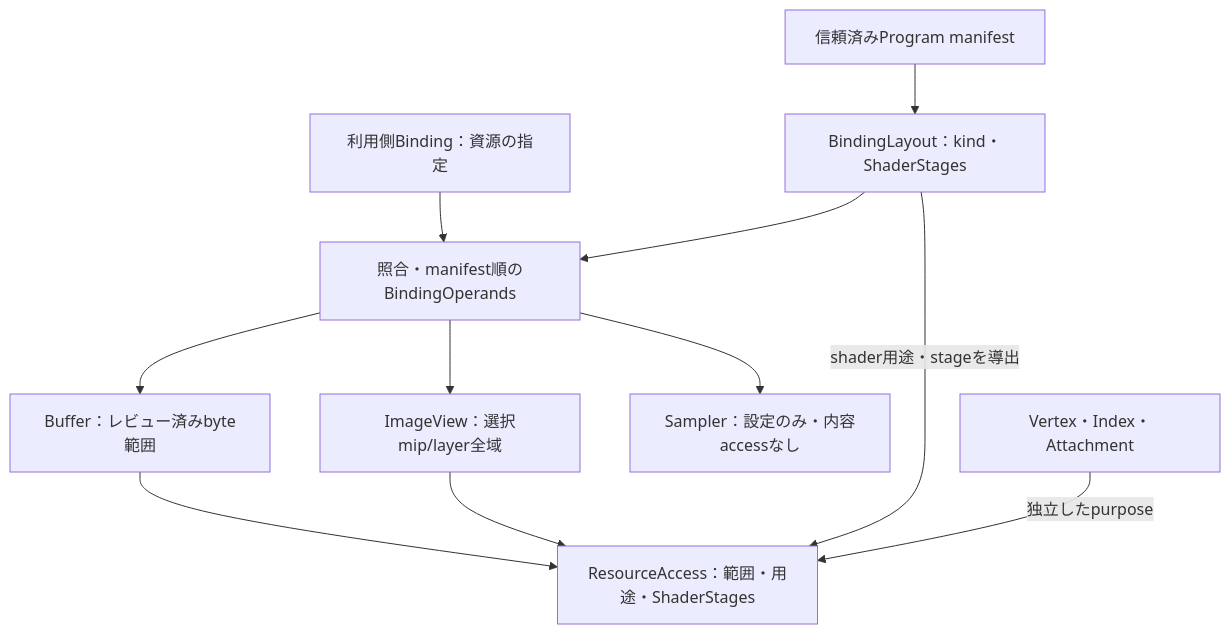
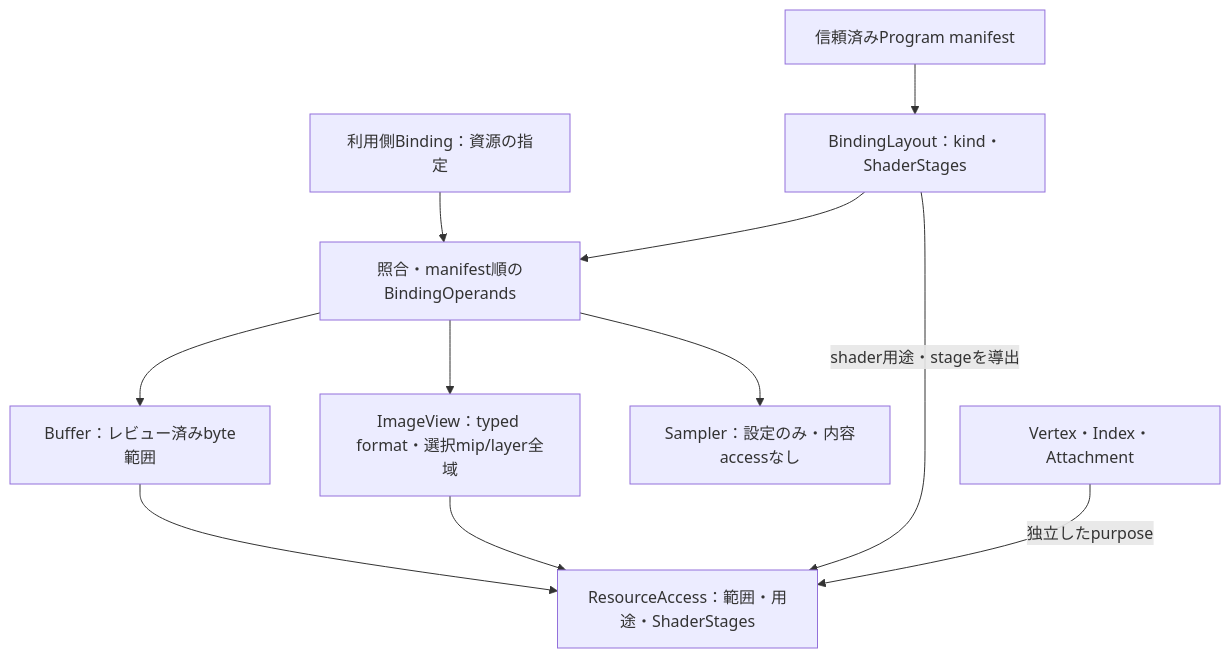
The diagram in docs/design/rendergraph-diagrams/binding-stages.mmd (tsukushibito/renderer), drawn with Mermaid before and after one commit. The commit also changed 11 other files, not shown here.

```diff
--- a/docs/design/rendergraph-diagrams/binding-stages.mmd
+++ b/docs/design/rendergraph-diagrams/binding-stages.mmd
@@ -1,13 +1,13 @@
 flowchart TB
     accTitle: Program manifestからbinding用途とshader stageを導く
     accDescr: 信頼済みProgramのBindingLayoutがkindとShaderStagesを定める。利用側はBuffer、ImageView、SamplerのBindingを渡し、builderは型とABIを照合してmanifest順にBindingOperandsを所有する。Bufferはレビュー済みfootprint、ImageViewは選択mip/layer全域のResourceAccessを作り、用途とshader stageはmanifestから導く。Samplerは設定だけで内容accessを作らない。Vertex、Index、Attachmentは別用途として扱う。
     program["信頼済みProgram manifest"] --> layout["BindingLayout：kind・ShaderStages"]
     input["利用側Binding：資源の指定"] --> canonical["照合・manifest順のBindingOperands"]
     layout --> canonical
     canonical --> buffer["Buffer：レビュー済みbyte範囲"]
-    canonical --> view["ImageView：選択mip/layer全域"]
+    canonical --> view["ImageView：typed format・選択mip/layer全域"]
     canonical --> sampler["Sampler：設定のみ・内容accessなし"]
     buffer --> access["ResourceAccess：範囲・用途・ShaderStages"]
     view --> access
     layout -->|"shader用途・stageを導出"| access
     fixed["Vertex・Index・Attachment"] -->|"独立したpurpose"| access
```
